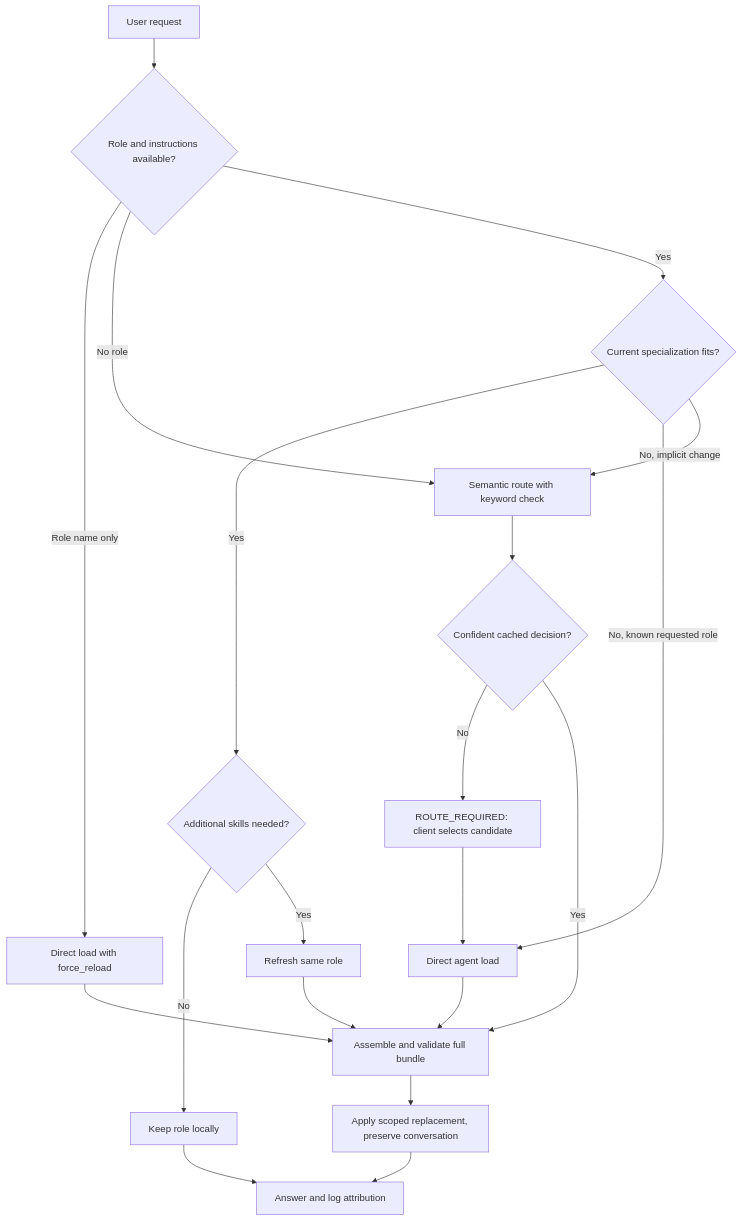
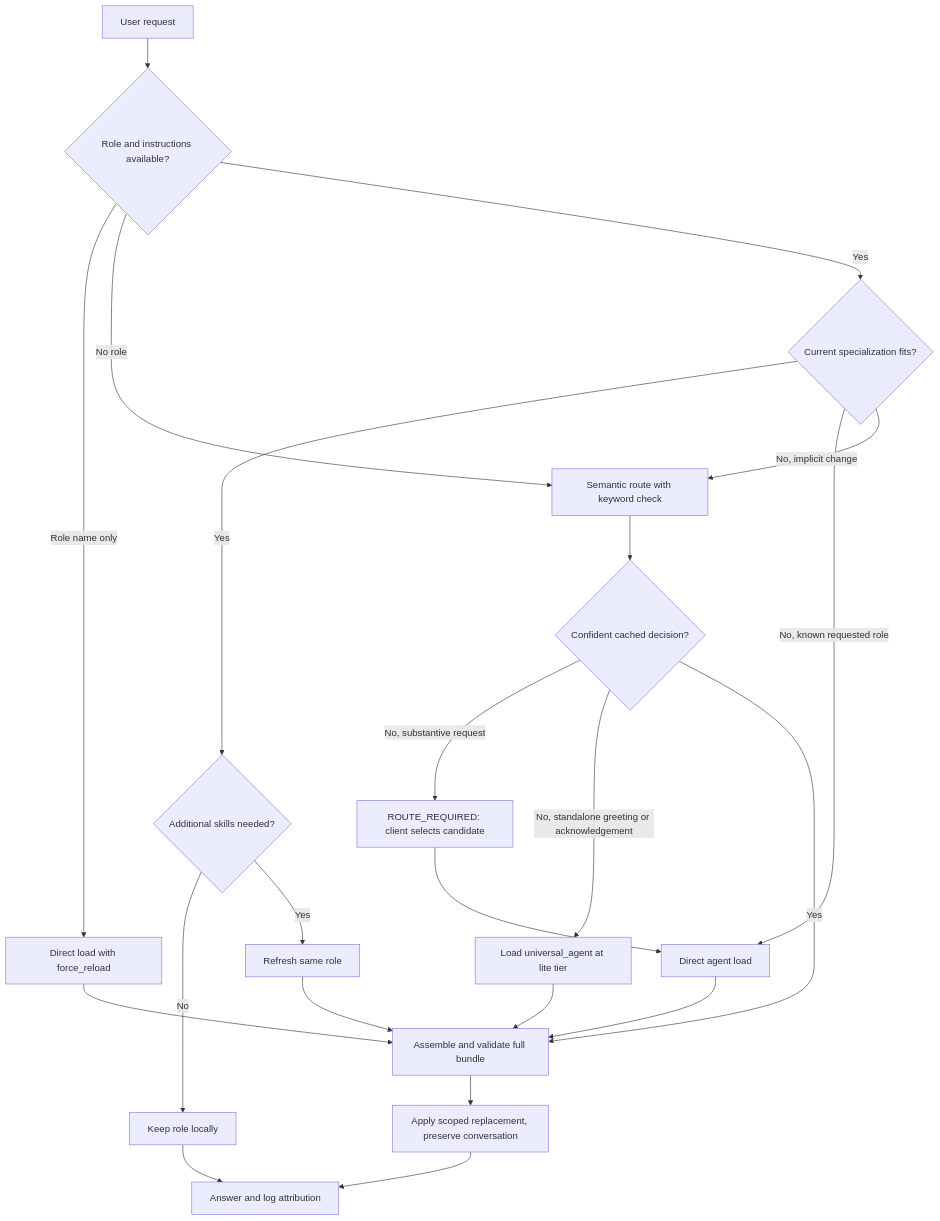
The diagram in docs/routing_flow.md (IEZhu/Agents), drawn with Mermaid before and after one commit. The commit also changed other lines of this file and 55 other files, not shown here.

````diff
--- a/docs/routing_flow.md
+++ b/docs/routing_flow.md
@@ -11,22 +11,24 @@
 ```mermaid
 flowchart TD
     Q[User request] --> Known{Role and instructions available?}
     Known -->|Role name only| Restore[Direct load with force_reload]
     Known -->|No role| Route[Semantic route with keyword check]
     Known -->|Yes| Fit{Current specialization fits?}
     Fit -->|Yes| Skills{Additional skills needed?}
     Skills -->|No| Keep[Keep role locally]
     Skills -->|Yes| Refresh[Refresh same role]
     Fit -->|No, known requested role| Direct[Direct agent load]
     Fit -->|No, implicit change| Route
     Route --> Choice{Confident cached decision?}
-    Choice -->|No| Pick[ROUTE_REQUIRED: client selects candidate]
+    Choice -->|No, substantive request| Pick[ROUTE_REQUIRED: client selects candidate]
+    Choice -->|No, standalone greeting or acknowledgement| Meta[Load universal_agent at lite tier]
     Choice -->|Yes| Bundle[Assemble and validate full bundle]
+    Meta --> Bundle
     Pick --> Direct
     Direct --> Bundle
     Restore --> Bundle
     Refresh --> Bundle
     Bundle --> Apply[Apply scoped replacement, preserve conversation]
     Keep --> Answer[Answer and log attribution]
     Apply --> Answer
 ```
````
